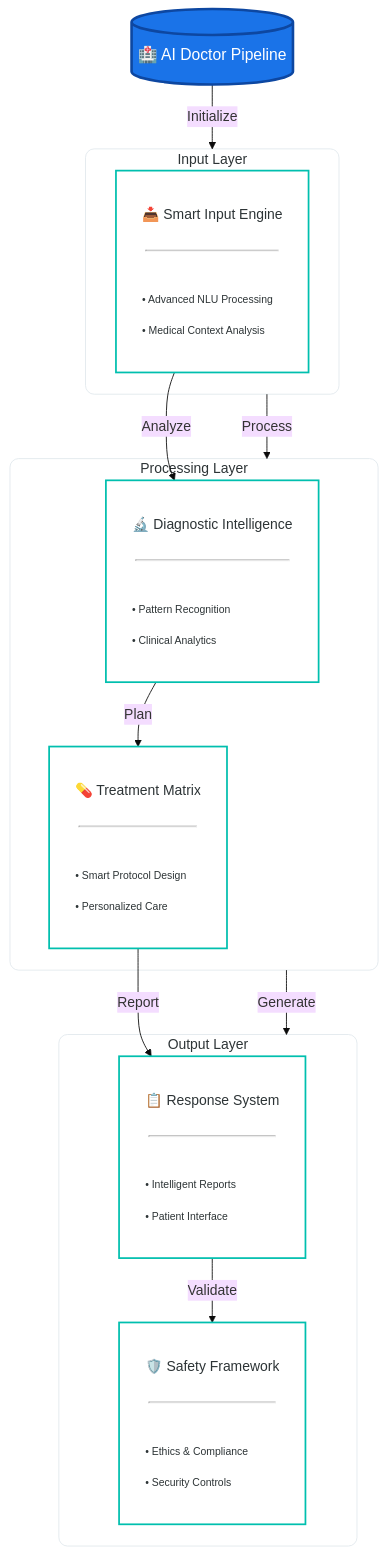
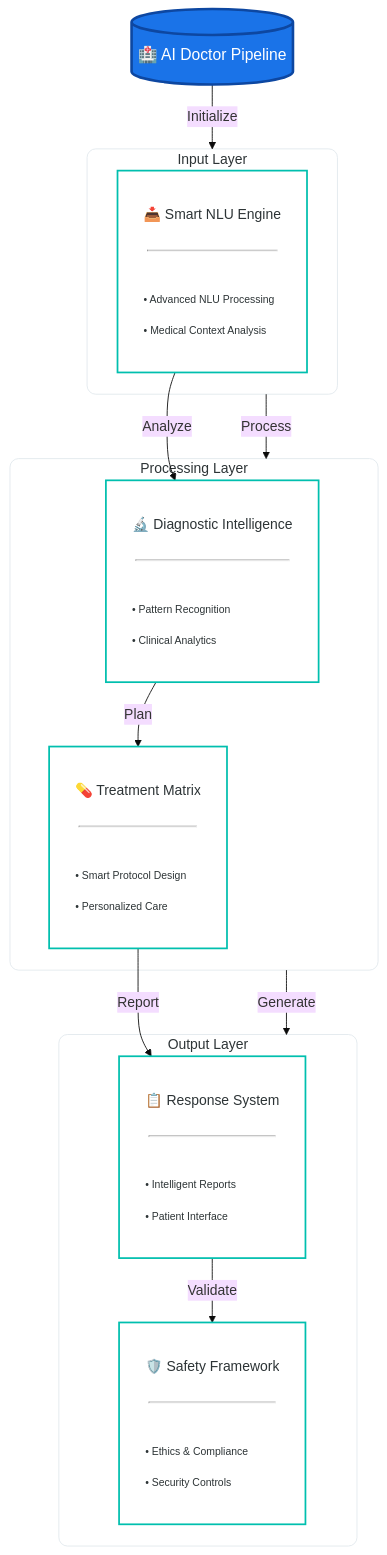
One commit to Blacksujit/Health-Summerize-AI changed the second of 2 diagrams in README.md. Above: the diagram before and after it, drawn with Mermaid (base theme).

Commit message:
added arcitect.  diagram✅✅

````diff
--- a/README.md
+++ b/README.md
@@ -311,77 +311,77 @@
 ```mermaid
 graph TB
     %% Main Title
     A[("🏥 AI Doctor Pipeline")]
     
     subgraph Input["Input Layer"]
         B[<div style='text-align:center;'>
-            <div style='font-size:16px;'>📥 Smart Input Engine</div>
+            <div style='font-size:16px;'>📥 Smart NLU Engine</div>
             <hr style='margin:4px'>
             <div style='font-size:12px;text-align:left;'>
                 • Advanced NLU Processing<br>
                 • Medical Context Analysis
             </div>
         </div>]
     end
     
     subgraph Processing["Processing Layer"]
         C[<div style='text-align:center;'>
             <div style='font-size:16px;'>🔬 Diagnostic Intelligence</div>
             <hr style='margin:4px'>
             <div style='font-size:12px;text-align:left;'>
                 • Pattern Recognition<br>
                 • Clinical Analytics
             </div>
         </div>]
         
         D[<div style='text-align:center;'>
             <div style='font-size:16px;'>💊 Treatment Matrix</div>
             <hr style='margin:4px'>
             <div style='font-size:12px;text-align:left;'>
                 • Smart Protocol Design<br>
                 • Personalized Care
             </div>
         </div>]
     end
     
     subgraph Output["Output Layer"]
         E[<div style='text-align:center;'>
             <div style='font-size:16px;'>📋 Response System</div>
             <hr style='margin:4px'>
             <div style='font-size:12px;text-align:left;'>
                 • Intelligent Reports<br>
                 • Patient Interface
             </div>
         </div>]
         
         F[<div style='text-align:center;'>
             <div style='font-size:16px;'>🛡️ Safety Framework</div>
             <hr style='margin:4px'>
             <div style='font-size:12px;text-align:left;'>
                 • Ethics & Compliance<br>
                 • Security Controls
             </div>
         </div>]
     end
 
     %% Innovative Flow with Layered Approach
     A --> |"Initialize"| Input
     Input --> |"Process"| Processing
     Processing --> |"Generate"| Output
     
     %% Internal Connections
     B --> |"Analyze"| C
     C --> |"Plan"| D
     D --> |"Report"| E
     E --> |"Validate"| F
     
     %% Modern Styling
     classDef mainNode fill:#1a73e8,stroke:#0d47a1,stroke-width:3px,color:#fff,font-size:18px,text-align:center,rx:50
     classDef moduleNode fill:#ffffff,stroke:#00bfae,stroke-width:2px,color:#2d3436
     classDef layer fill:none,stroke:#e1e8ed,stroke-width:1px,color:#2d3436,rx:10
     classDef flowLabel color:#2d3436,font-size:12px
     
     class A mainNode
     class B,C,D,E,F moduleNode
     class Input,Processing,Output layer
 ```
````
